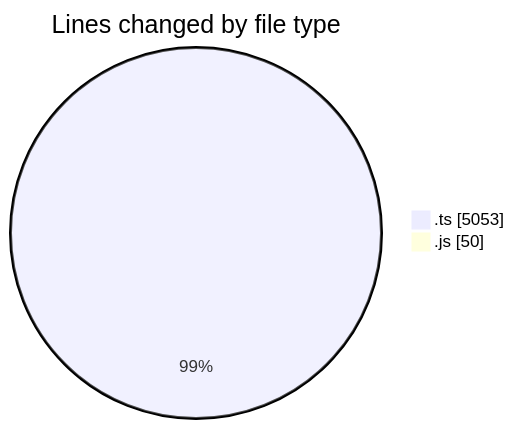
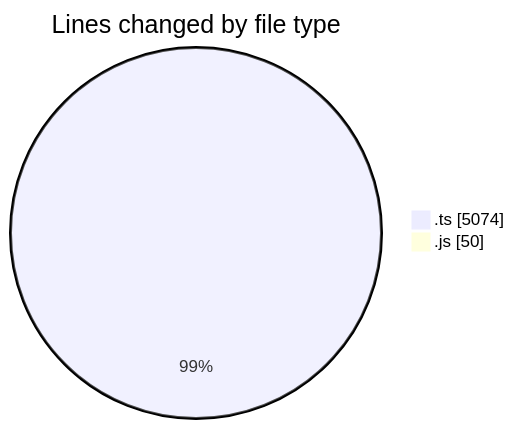
The first of 2 diagrams in 2026-02-04/singularitybrainai/README.md (tmsrecording-cyber/code-tracking), drawn with Mermaid before and after one commit. The commit also changed other lines of this file and 1 other file, not shown here.

````diff
--- a/2026-02-04/singularitybrainai/README.md
+++ b/2026-02-04/singularitybrainai/README.md
@@ -26,6 +26,6 @@
 ```mermaid
 pie showData
 title Lines changed by file type
-".ts" : 5053
+".ts" : 5074
 ".js" : 50
 ```
````
